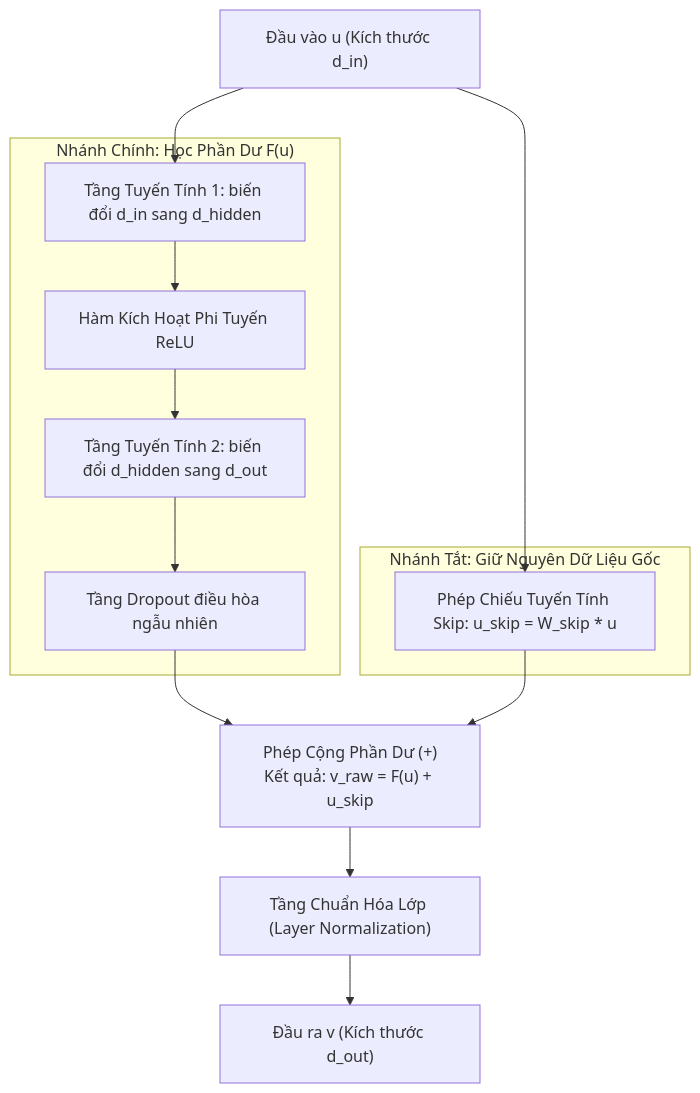
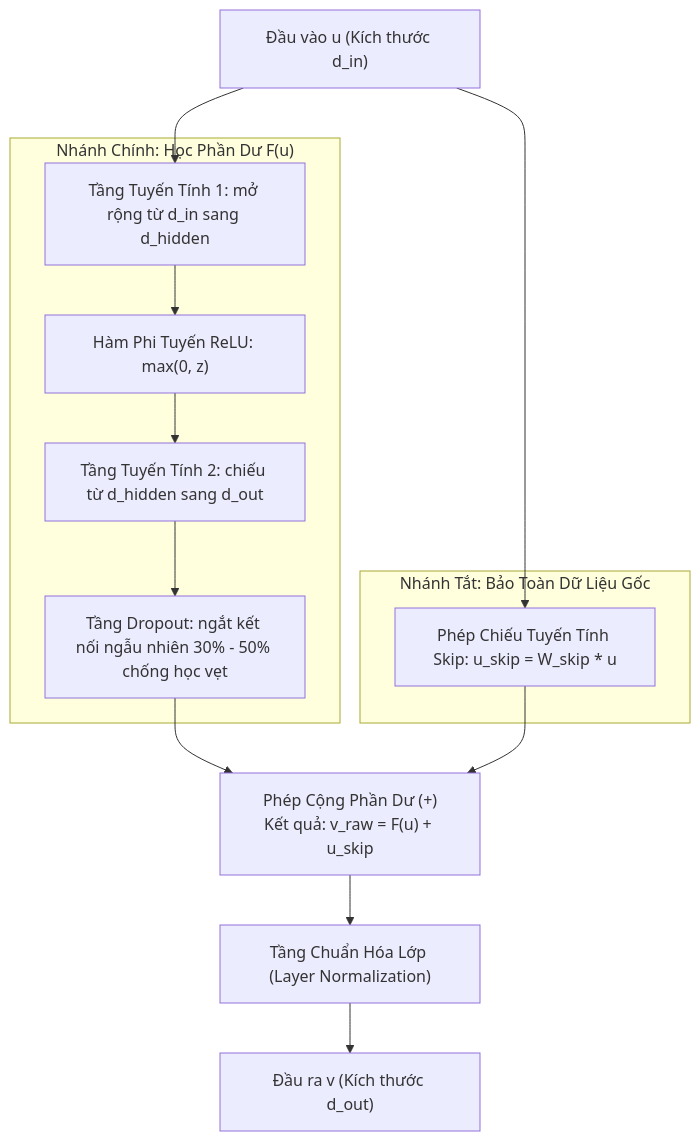
One commit to snowflake-vibing/Project-Experimental-TiDE changed the fifth of 5 diagrams in doc/glossary/residual_block.md. Above: the diagram before and after it, drawn with Mermaid. The commit also changed other lines of this file, not shown here.

````diff
--- a/doc/glossary/residual_block.md
+++ b/doc/glossary/residual_block.md
@@ -65,25 +157,23 @@
 ```mermaid
 flowchart TD
     In["Đầu vào u (Kích thước d_in)"]
-    
-    subgraph MainStream ["Nhánh Chính: Học Phần Dư F(u)"]
-        L1["Tầng Tuyến Tính 1: biến đổi d_in sang d_hidden"]
-        Act["Hàm Kích Hoạt Phi Tuyến ReLU"]
-        L2["Tầng Tuyến Tính 2: biến đổi d_hidden sang d_out"]
-        Drop["Tầng Dropout điều hòa ngẫu nhiên"]
-        L1 --> Act
-        Act --> L2
-        L2 --> Drop
+
+    subgraph NhanhChinh ["Nhánh Chính: Học Phần Dư F(u)"]
+        L1["Tầng Tuyến Tính 1: mở rộng từ d_in sang d_hidden"]
+        ReLU["Hàm Phi Tuyến ReLU: max(0, z)"]
+        L2["Tầng Tuyến Tính 2: chiếu từ d_hidden sang d_out"]
+        Drop["Tầng Dropout: ngắt kết nối ngẫu nhiên 30% - 50% chống học vẹt"]
+        L1 --> ReLU --> L2 --> Drop
     end
 
-    subgraph SkipStream ["Nhánh Tắt: Giữ Nguyên Dữ Liệu Gốc"]
+    subgraph NhanhTat ["Nhánh Tắt: Bảo Toàn Dữ Liệu Gốc"]
         Skip["Phép Chiếu Tuyến Tính Skip: u_skip = W_skip * u"]
     end
 
     In --> L1
     In --> Skip
     Drop --> Add["Phép Cộng Phần Dư (+)\nKết quả: v_raw = F(u) + u_skip"]
     Skip --> Add
     Add --> LN["Tầng Chuẩn Hóa Lớp (Layer Normalization)"]
     LN --> Out["Đầu ra v (Kích thước d_out)"]
 ```
````
